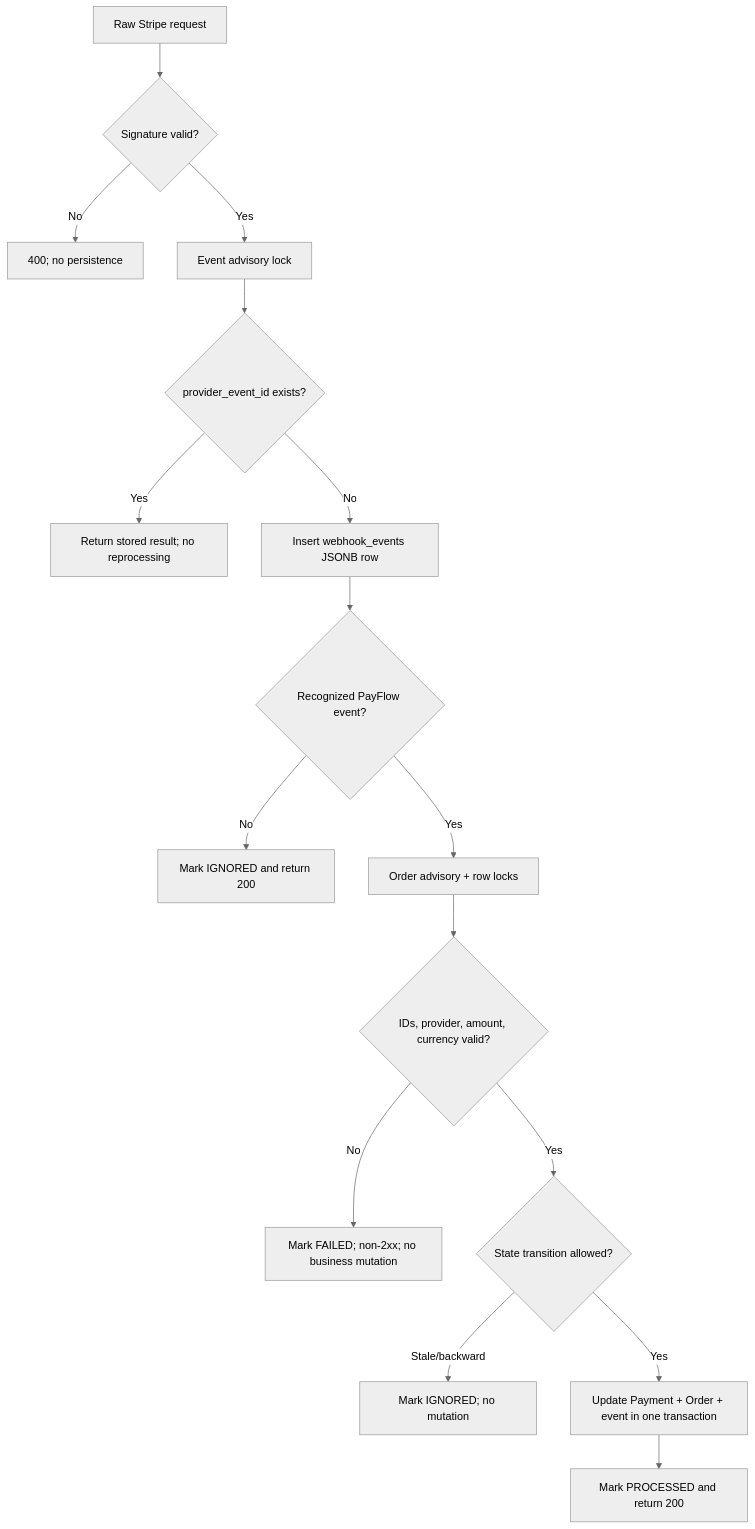
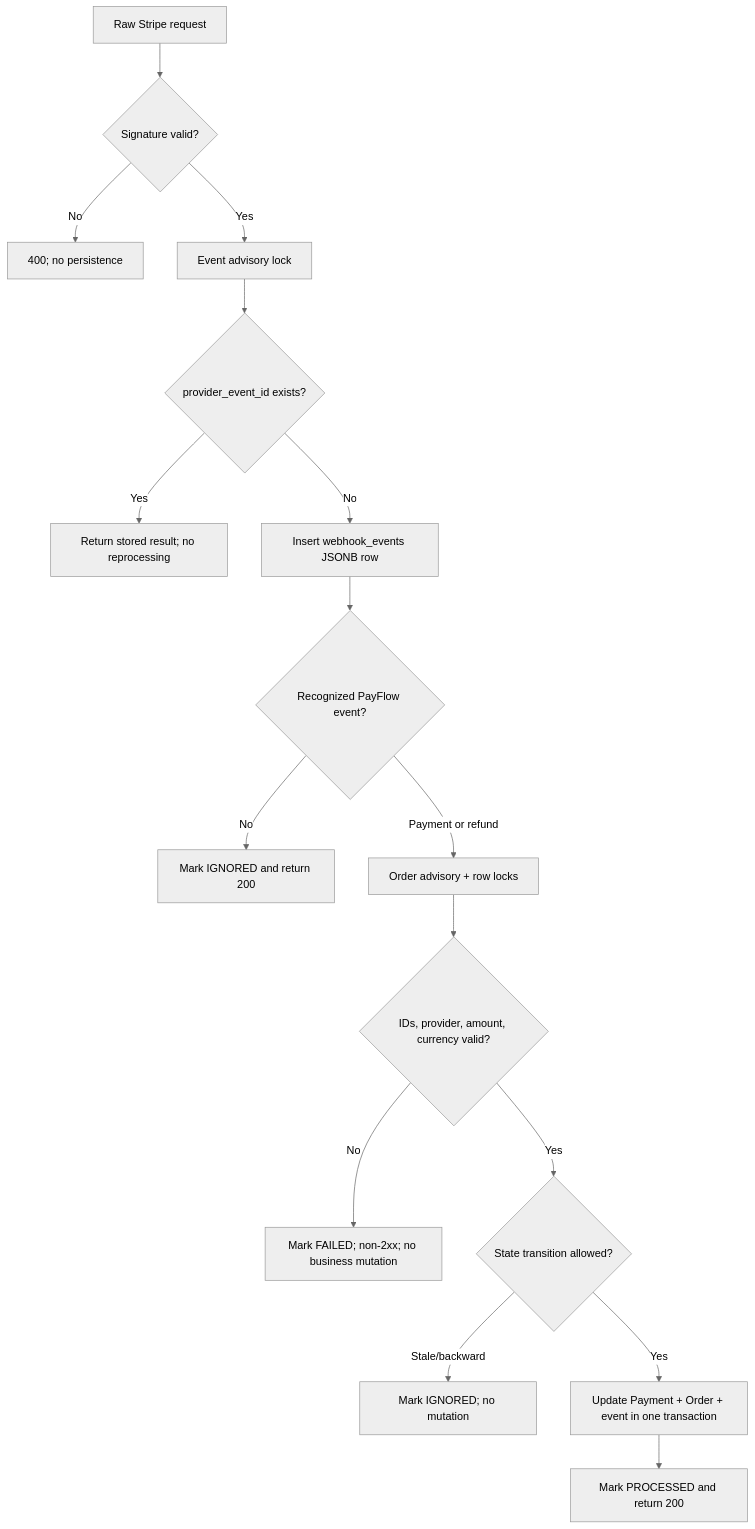
Before and after one commit to tianhao8687/payflow: the diagram in docs/webhook-design.md, drawn with Mermaid (neutral theme). The commit also changed other lines of this file and 57 other files, not shown here.

````diff
--- a/docs/webhook-design.md
+++ b/docs/webhook-design.md
@@ -17,18 +17,18 @@
 ```mermaid
 flowchart TD
   Request[Raw Stripe request] --> Verify{Signature valid?}
   Verify -->|No| Reject[400; no persistence]
   Verify -->|Yes| EventLock[Event advisory lock]
   EventLock --> Existing{provider_event_id exists?}
   Existing -->|Yes| Duplicate[Return stored result; no reprocessing]
   Existing -->|No| Persist[Insert webhook_events JSONB row]
   Persist --> Map{Recognized PayFlow event?}
   Map -->|No| Ignore[Mark IGNORED and return 200]
-  Map -->|Yes| OrderLock[Order advisory + row locks]
+  Map -->|Payment or refund| OrderLock[Order advisory + row locks]
   OrderLock --> Validate{IDs, provider, amount, currency valid?}
   Validate -->|No| Failed[Mark FAILED; non-2xx; no business mutation]
   Validate -->|Yes| Transition{State transition allowed?}
   Transition -->|Stale/backward| Stale[Mark IGNORED; no mutation]
   Transition -->|Yes| Atomic[Update Payment + Order + event in one transaction]
   Atomic --> Success[Mark PROCESSED and return 200]
 ```
````
